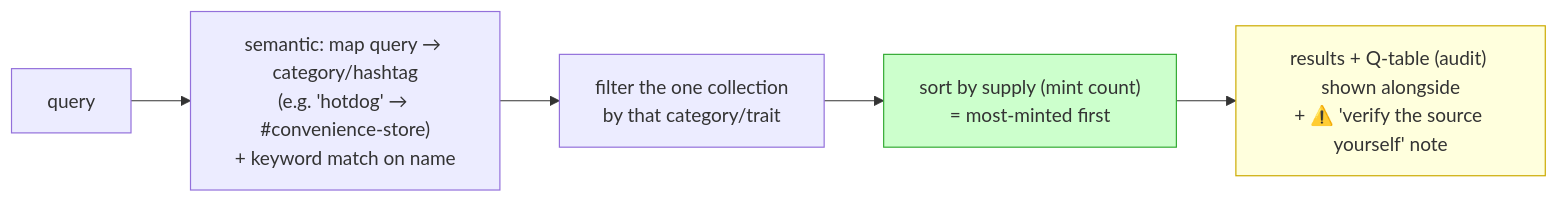
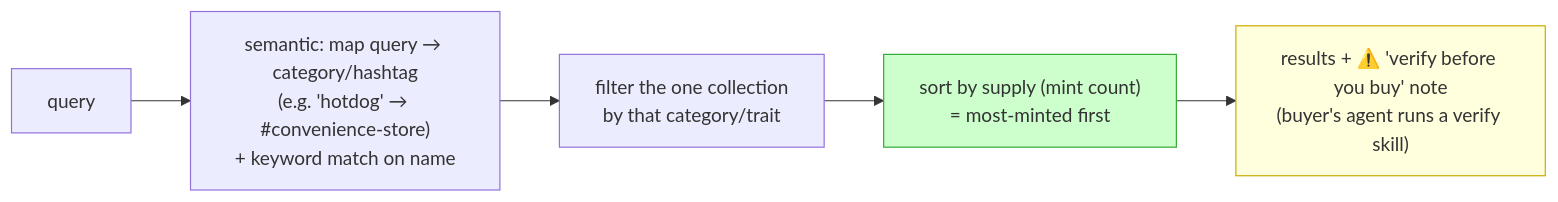
Before and after one commit to IQCoreTeam/AgentNet: the first of 4 diagrams in plans/search.md, drawn with Mermaid. The commit also changed other lines of this file and 7 other files, not shown here.

First line of the commit message:
docs: settle the on-chain NFT format (reader-side verify, no Q-table)

````diff
--- a/plans/search.md
+++ b/plans/search.md
@@ -23,9 +23,9 @@
 ```mermaid
 flowchart LR
     Q["query"] --> SEM["semantic: map query → category/hashtag<br/>(e.g. 'hotdog' → #convenience-store)<br/>+ keyword match on name"]
     SEM --> FILT["filter the one collection<br/>by that category/trait"]
     FILT --> SORT["sort by supply (mint count)<br/>= most-minted first"]
-    SORT --> R["results + Q-table (audit) shown alongside<br/>+ ⚠️ 'verify the source yourself' note"]
+    SORT --> R["results + ⚠️ 'verify before you buy' note<br/>(buyer's agent runs a verify skill)"]
     style SORT fill:#cfc,stroke:#3a3
     style R fill:#ffd,stroke:#ca0
 ```
````
